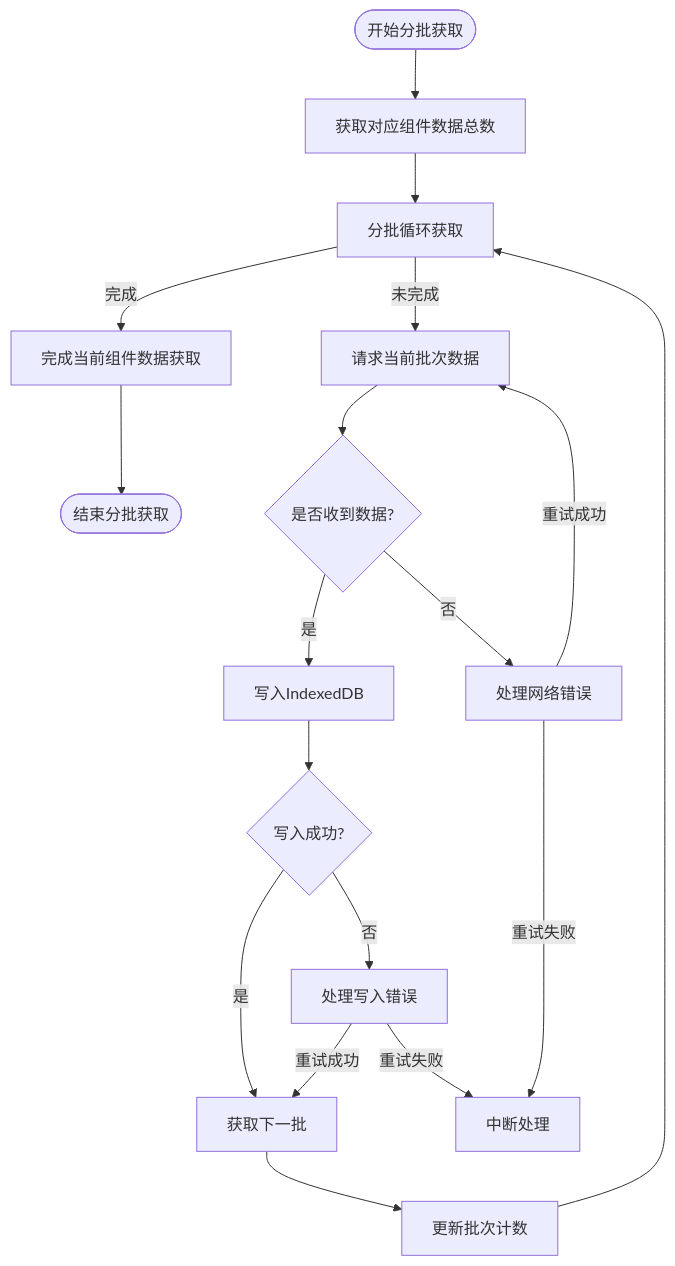
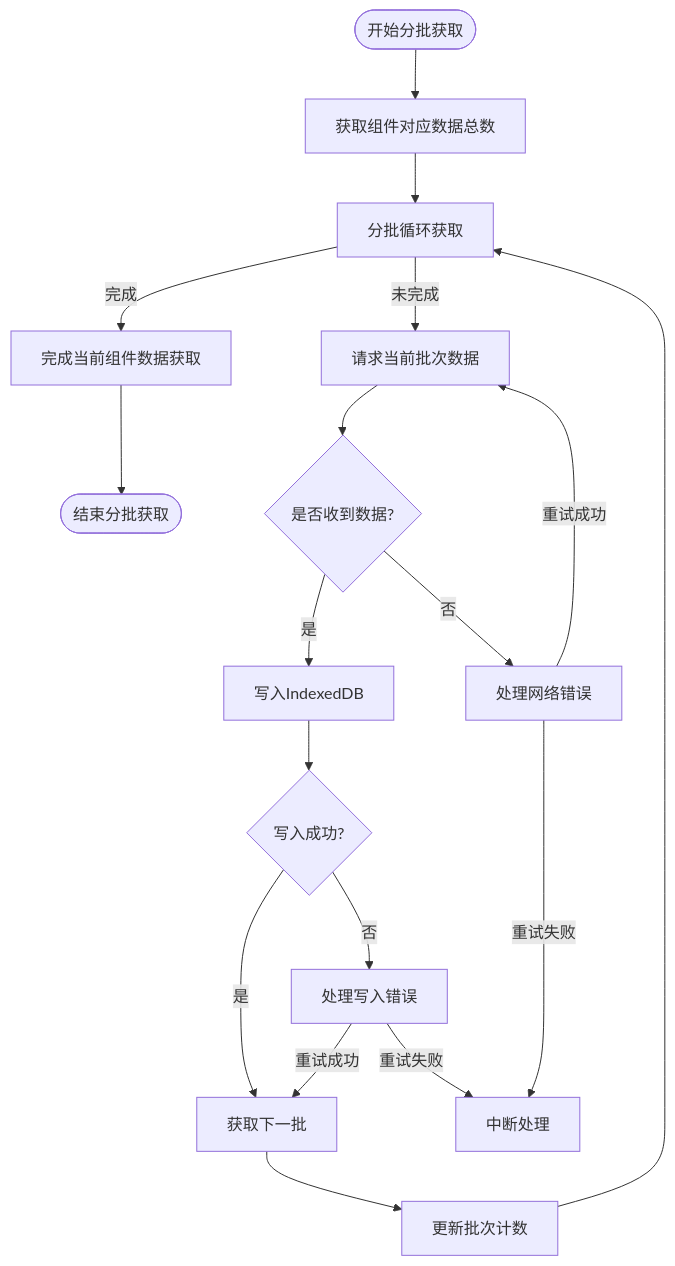
The diagram in all/未命名-56.md (yingjianzh/iodraw-files), drawn with Mermaid before and after one commit.

Commit message:
2025-05-12 10:24:13 update

````diff
--- a/all/未命名-56.md
+++ b/all/未命名-56.md
@@ -1,29 +1,29 @@
 ```mermaid
 
 flowchart TD
-    StartBatch([开始分批获取]) --> InitializeBatch[获取对应组件数据总数]
+    StartBatch([开始分批获取]) --> InitializeBatch[获取组件对应数据总数]
     InitializeBatch --> CheckBatchSize[分批循环获取]
     
     CheckBatchSize -->|完成| BatchComplete[完成当前组件数据获取]
     
     CheckBatchSize -->|未完成| RequestBatch[请求当前批次数据]
     RequestBatch --> ReceiveBatch{是否收到数据?}
     
     ReceiveBatch -->|是| WriteToDB[写入IndexedDB]
     
     WriteToDB --> BatchSuccess{写入成功?}
     BatchSuccess -->|是| NextBatch[获取下一批]
     BatchSuccess -->|否| HandleError[处理写入错误]
     HandleError -->|重试成功| NextBatch
     HandleError -->|重试失败| AbortProcess[中断处理]
     
     ReceiveBatch -->|否| HandleNetworkError[处理网络错误]
     HandleNetworkError -->|重试成功| RequestBatch
     HandleNetworkError -->|重试失败| AbortProcess
     
     NextBatch --> IncrementBatch[更新批次计数]
     IncrementBatch --> CheckBatchSize
     
     BatchComplete --> EndBatch([结束分批获取])
 
 ```
````
